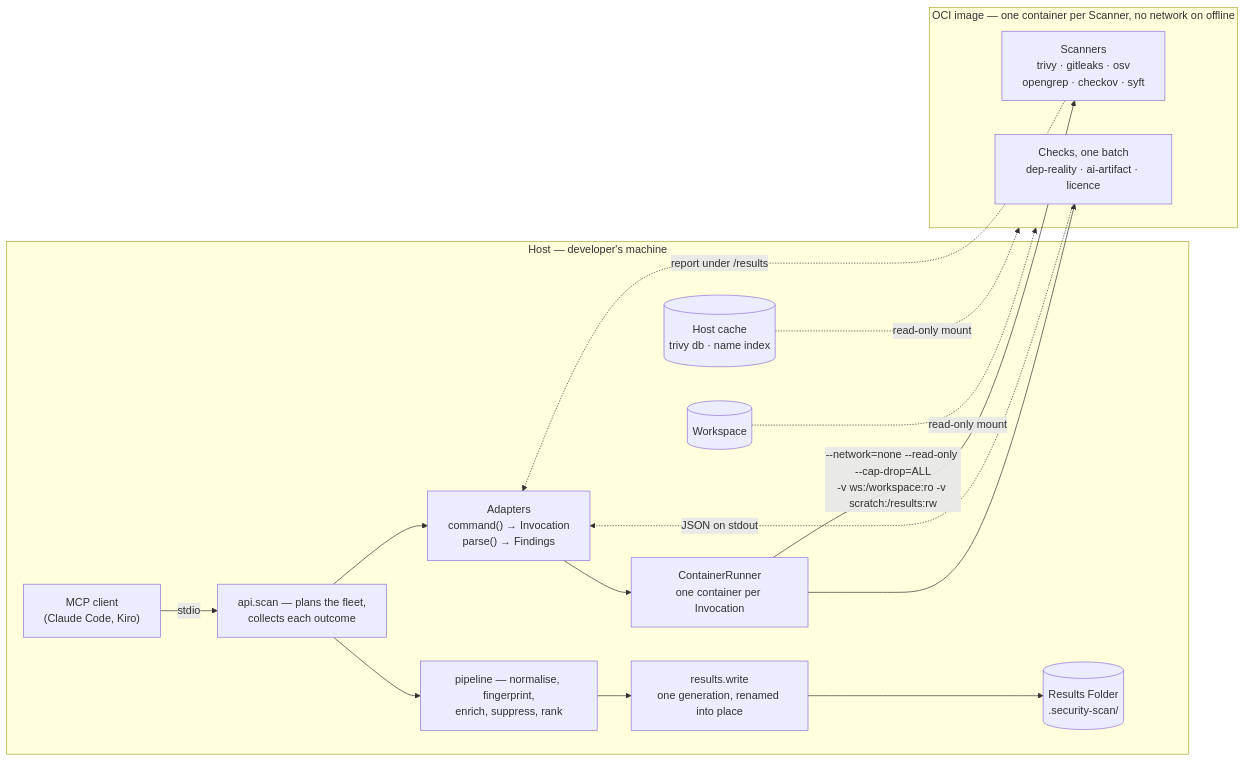
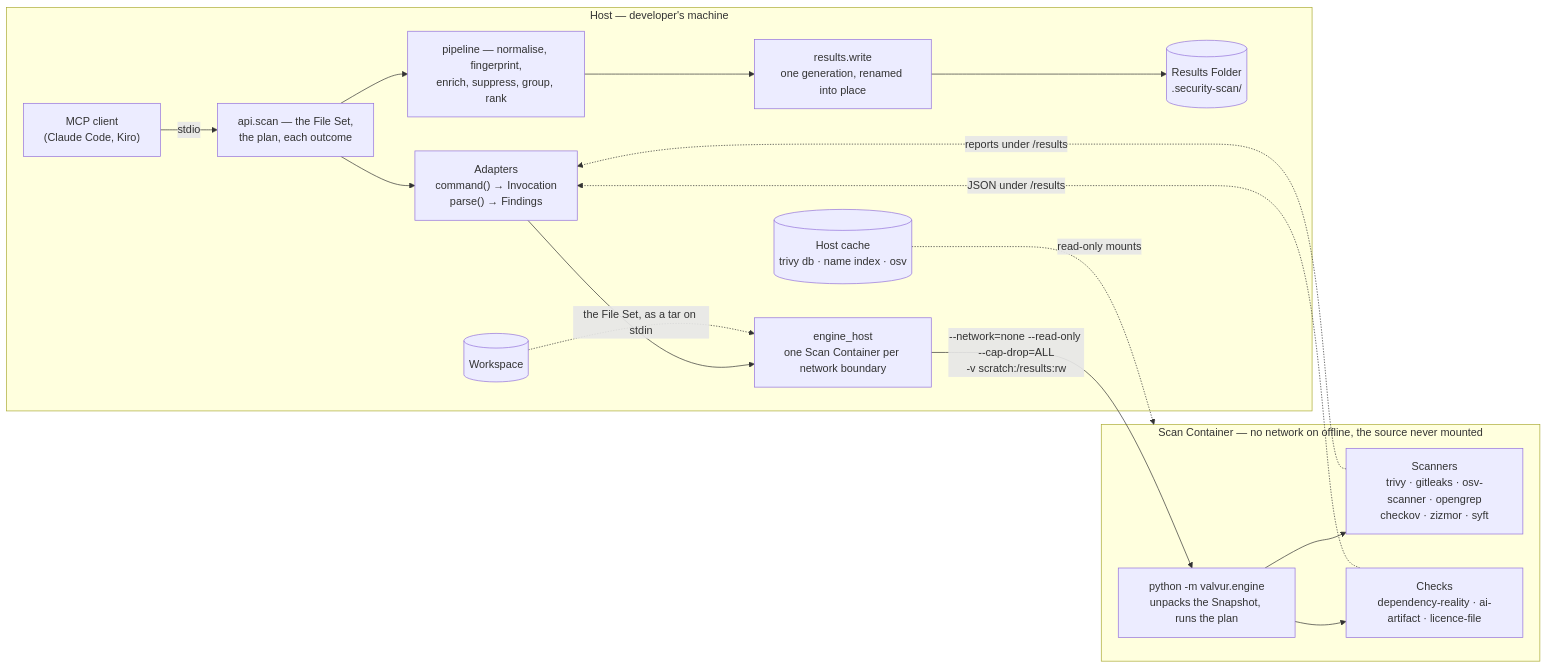
The diagram in .kiro/specs/valvur/design.md (MaverickHQ/valvur), drawn with Mermaid before and after one commit. The commit also changed other lines of this file and 8 other files, not shown here.

````diff
--- a/.kiro/specs/valvur/design.md
+++ b/.kiro/specs/valvur/design.md
@@ -14,27 +14,29 @@
 ```mermaid
 flowchart LR
   subgraph host["Host — developer's machine"]
     agent["MCP client<br/>(Claude Code, Kiro)"]
-    api["api.scan — plans the fleet,<br/>collects each outcome"]
+    api["api.scan — the File Set,<br/>the plan, each outcome"]
     adapters["Adapters<br/>command() → Invocation<br/>parse() → Findings"]
-    runner["ContainerRunner<br/>one container per Invocation"]
-    pipe["pipeline — normalise, fingerprint,<br/>enrich, suppress, rank"]
+    eh["engine_host<br/>one Scan Container per network boundary"]
+    pipe["pipeline — normalise, fingerprint,<br/>enrich, suppress, group, rank"]
     results["results.write<br/>one generation, renamed into place"]
     ws[("Workspace")]
     rf[("Results Folder<br/>.security-scan/")]
-    cache[("Host cache<br/>trivy db · name index")]
+    cache[("Host cache<br/>trivy db · name index · osv")]
   end
-  subgraph img["OCI image — one container per Scanner, no network on offline"]
-    sc["Scanners<br/>trivy · gitleaks · osv<br/>opengrep · checkov · syft"]
-    ck["Checks, one batch<br/>dep-reality · ai-artifact · licence"]
+  subgraph img["Scan Container — no network on offline, the source never mounted"]
+    eng["python -m valvur.engine<br/>unpacks the Snapshot, runs the plan"]
+    sc["Scanners<br/>trivy · gitleaks · osv-scanner · opengrep<br/>checkov · zizmor · syft"]
+    ck["Checks<br/>dependency-reality · ai-artifact · licence-file"]
   end
   agent -->|stdio| api
-  api --> adapters --> runner
-  runner -->|"--network=none --read-only --cap-drop=ALL<br/>-v ws:/workspace:ro -v scratch:/results:rw"| sc
-  runner --> ck
-  sc -.->|report under /results| adapters
-  ck -.->|JSON on stdout| adapters
+  api --> adapters --> eh
+  ws -.->|"the File Set, as a tar on stdin"| eh
+  eh -->|"--network=none --read-only --cap-drop=ALL<br/>-v scratch:/results:rw"| eng
+  eng --> sc
+  eng --> ck
+  sc -.->|reports under /results| adapters
+  ck -.->|JSON under /results| adapters
   api --> pipe --> results --> rf
-  ws -.->|read-only mount| img
-  cache -.->|read-only mount| img
+  cache -.->|read-only mounts| img
 ```
````
